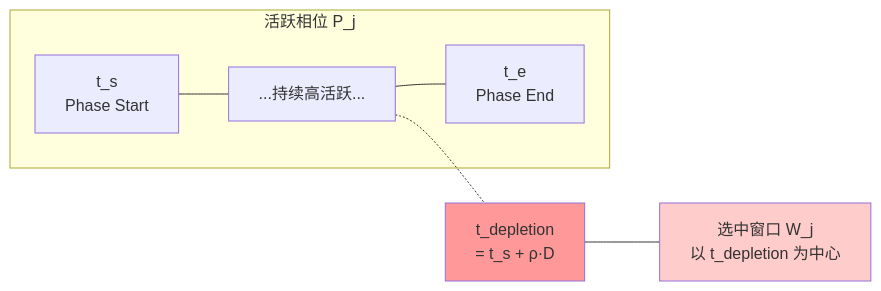
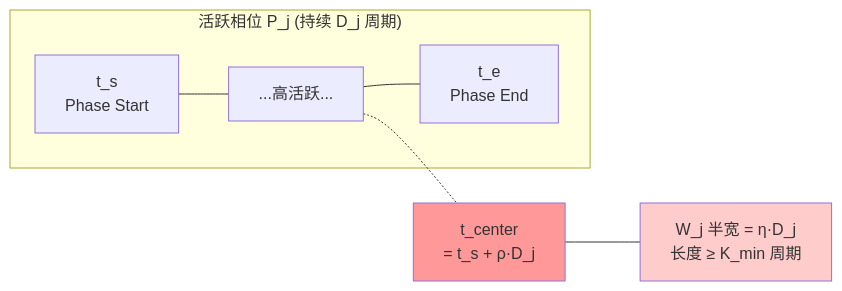
The second of 2 diagrams in docs/algorithm_worst_window.md (Joker-Cold/Classify), drawn with Mermaid before and after one commit. The commit also changed other lines of this file and 586 other files, not shown here.

````diff
--- a/docs/algorithm_worst_window.md
+++ b/docs/algorithm_worst_window.md
@@ -270,11 +395,11 @@
 ```mermaid
 graph LR
-    subgraph Phase["活跃相位 P_j"]
-        A["t_s<br/>Phase Start"] --- B["...持续高活跃..."] --- C["t_e<br/>Phase End"]
+    subgraph Phase["活跃相位 P_j (持续 D_j 周期)"]
+        A["t_s<br/>Phase Start"] --- B["...高活跃..."] --- C["t_e<br/>Phase End"]
     end
-    B -.- D["t_depletion<br/>= t_s + ρ·D"]
-    D --- E["选中窗口 W_j<br/>以 t_depletion 为中心"]
+    B -.- D["t_center<br/>= t_s + ρ·D_j"]
+    D --- E["W_j 半宽 = η·D_j<br/>长度 ≥ K_min 周期"]
 
     style D fill:#ff9999
     style E fill:#ffcccc
 ```
````
